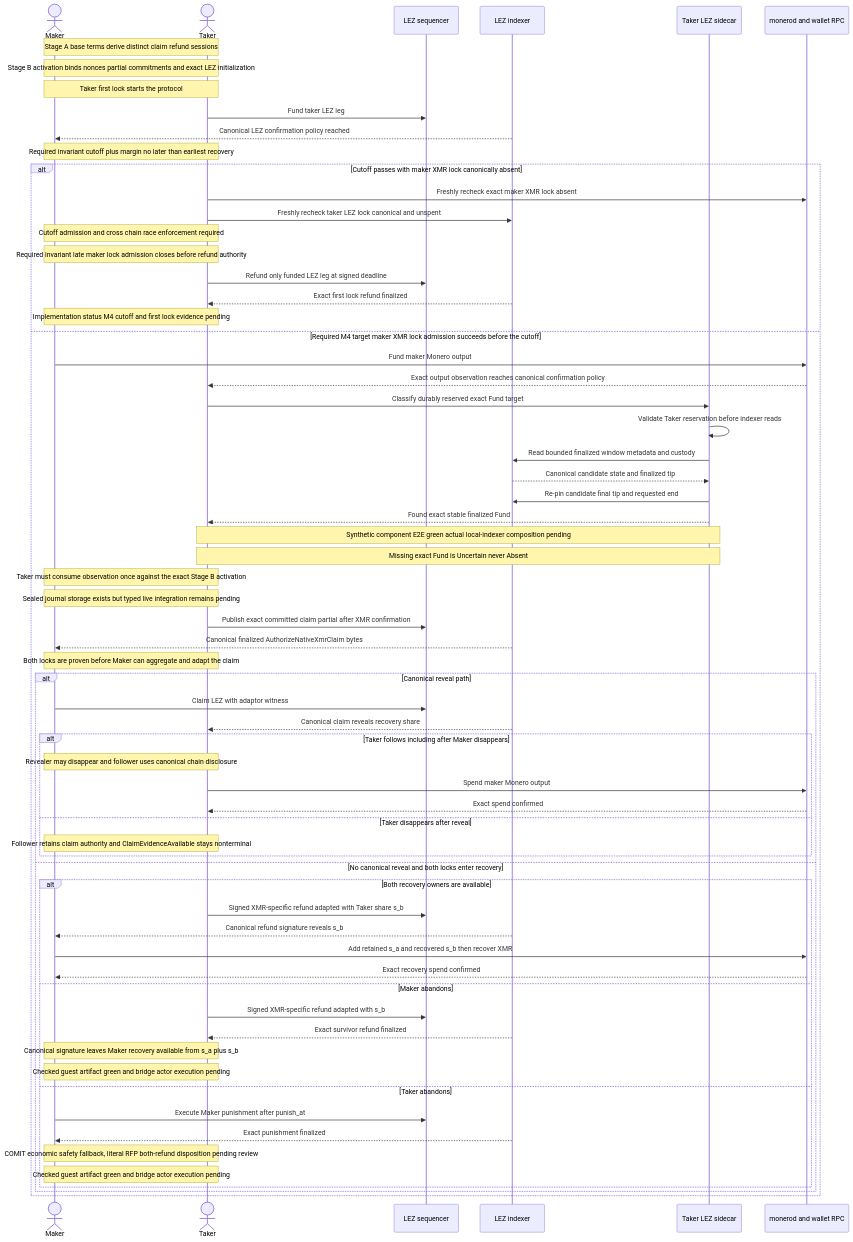
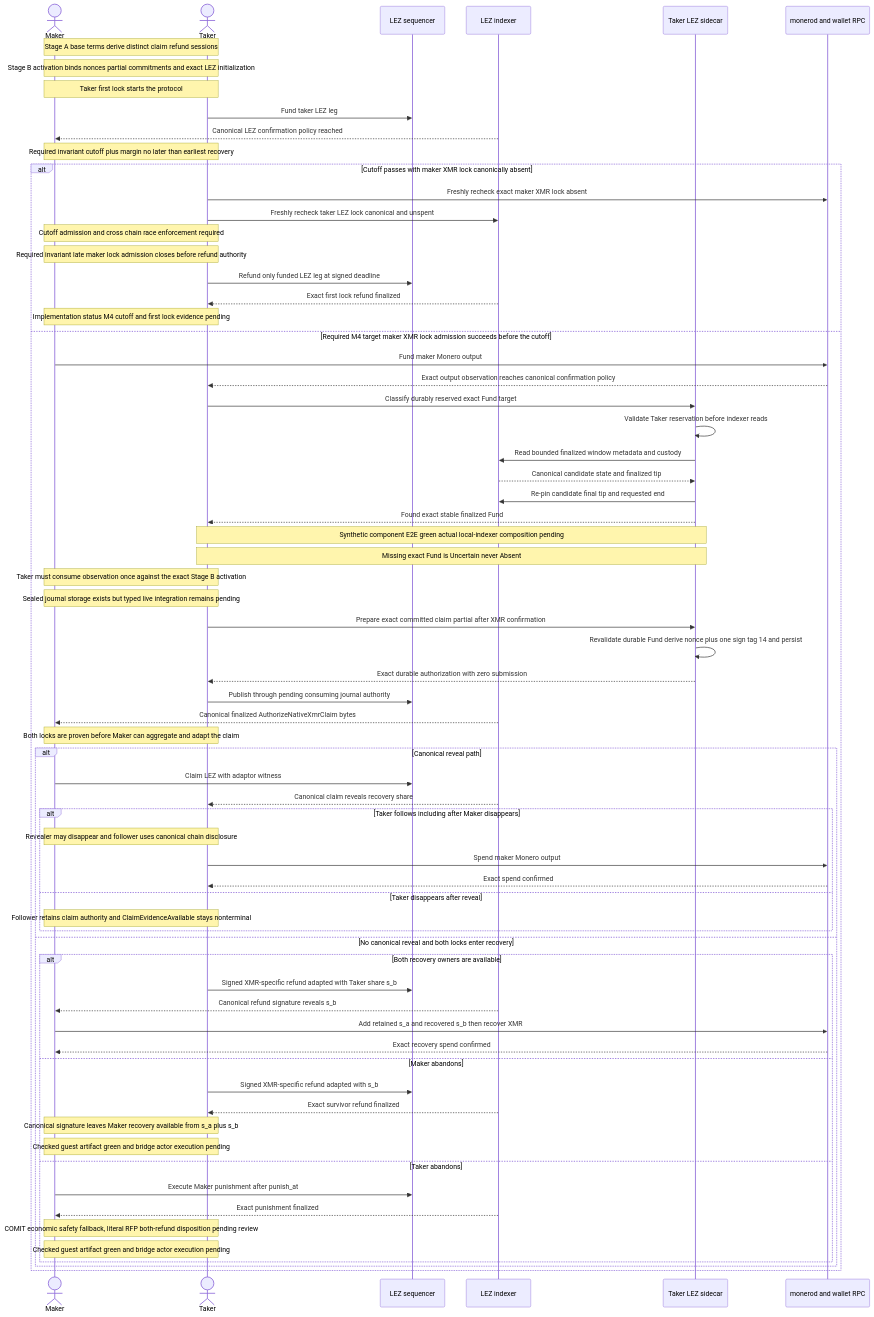
Before and after one commit to gateway-fm/lez-atomic-swaps: diagram 22 of 27 in docs/architecture/system-architecture.md, drawn with Mermaid. The commit also changed other lines of this file and 9 other files, not shown here.

Commit message:
docs(m4): record durable authorization checkpoint

````diff
--- a/docs/architecture/system-architecture.md
+++ b/docs/architecture/system-architecture.md
@@ -2197,69 +2200,72 @@
 ```mermaid
 sequenceDiagram
     actor Maker
     actor Taker
     participant LezSeq as LEZ sequencer
     participant LezIdx as LEZ indexer
     participant LezSidecar as Taker LEZ sidecar
     participant Monero as monerod and wallet RPC
 
     Note over Maker,Taker: Stage A base terms derive distinct claim refund sessions
     Note over Maker,Taker: Stage B activation binds nonces partial commitments and exact LEZ initialization
     Note over Maker,Taker: Taker first lock starts the protocol
     Taker->>LezSeq: Fund taker LEZ leg
     LezIdx-->>Maker: Canonical LEZ confirmation policy reached
     Note over Maker,Taker: Required invariant cutoff plus margin no later than earliest recovery
     alt Cutoff passes with maker XMR lock canonically absent
         Taker->>Monero: Freshly recheck exact maker XMR lock absent
         Taker->>LezIdx: Freshly recheck taker LEZ lock canonical and unspent
         Note over Maker,Taker: Cutoff admission and cross chain race enforcement required
         Note over Maker,Taker: Required invariant late maker lock admission closes before refund authority
         Taker->>LezSeq: Refund only funded LEZ leg at signed deadline
         LezIdx-->>Taker: Exact first lock refund finalized
         Note over Maker,Taker: Implementation status M4 cutoff and first lock evidence pending
     else Required M4 target maker XMR lock admission succeeds before the cutoff
         Maker->>Monero: Fund maker Monero output
         Monero-->>Taker: Exact output observation reaches canonical confirmation policy
         Taker->>LezSidecar: Classify durably reserved exact Fund target
         LezSidecar->>LezSidecar: Validate Taker reservation before indexer reads
         LezSidecar->>LezIdx: Read bounded finalized window metadata and custody
         LezIdx-->>LezSidecar: Canonical candidate state and finalized tip
         LezSidecar->>LezIdx: Re-pin candidate final tip and requested end
         LezSidecar-->>Taker: Found exact stable finalized Fund
         Note over Taker,LezSidecar: Synthetic component E2E green actual local-indexer composition pending
         Note over Taker,LezSidecar: Missing exact Fund is Uncertain never Absent
         Note over Maker,Taker: Taker must consume observation once against the exact Stage B activation
         Note over Maker,Taker: Sealed journal storage exists but typed live integration remains pending
-        Taker->>LezSeq: Publish exact committed claim partial after XMR confirmation
+        Taker->>LezSidecar: Prepare exact committed claim partial after XMR confirmation
+        LezSidecar->>LezSidecar: Revalidate durable Fund derive nonce plus one sign tag 14 and persist
+        LezSidecar-->>Taker: Exact durable authorization with zero submission
+        Taker->>LezSeq: Publish through pending consuming journal authority
         LezIdx-->>Maker: Canonical finalized AuthorizeNativeXmrClaim bytes
         Note over Maker,Taker: Both locks are proven before Maker can aggregate and adapt the claim
         alt Canonical reveal path
             Maker->>LezSeq: Claim LEZ with adaptor witness
             LezIdx-->>Taker: Canonical claim reveals recovery share
             alt Taker follows including after Maker disappears
                 Note over Maker,Taker: Revealer may disappear and follower uses canonical chain disclosure
                 Taker->>Monero: Spend maker Monero output
                 Monero-->>Taker: Exact spend confirmed
             else Taker disappears after reveal
                 Note over Maker,Taker: Follower retains claim authority and ClaimEvidenceAvailable stays nonterminal
             end
         else No canonical reveal and both locks enter recovery
             alt Both recovery owners are available
                 Taker->>LezSeq: Signed XMR-specific refund adapted with Taker share s_b
                 LezIdx-->>Maker: Canonical refund signature reveals s_b
                 Maker->>Monero: Add retained s_a and recovered s_b then recover XMR
                 Monero-->>Maker: Exact recovery spend confirmed
             else Maker abandons
                 Taker->>LezSeq: Signed XMR-specific refund adapted with s_b
                 LezIdx-->>Taker: Exact survivor refund finalized
                 Note over Maker,Taker: Canonical signature leaves Maker recovery available from s_a plus s_b
                 Note over Maker,Taker: Checked guest artifact green and bridge actor execution pending
             else Taker abandons
                 Maker->>LezSeq: Execute Maker punishment after punish_at
                 LezIdx-->>Maker: Exact punishment finalized
                 Note over Maker,Taker: COMIT economic safety fallback, literal RFP both-refund disposition pending review
                 Note over Maker,Taker: Checked guest artifact green and bridge actor execution pending
             end
         end
     end
 ```
````
